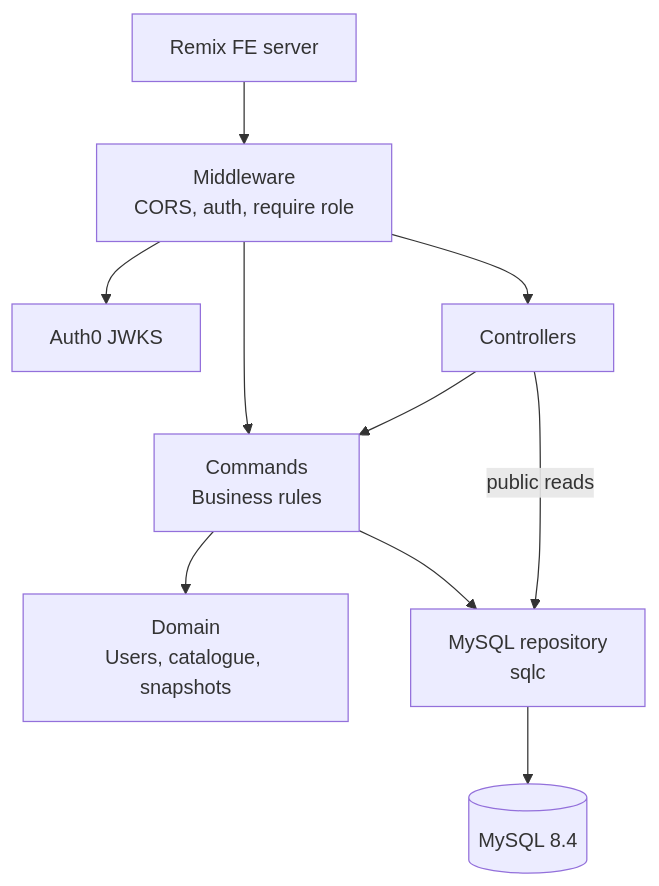
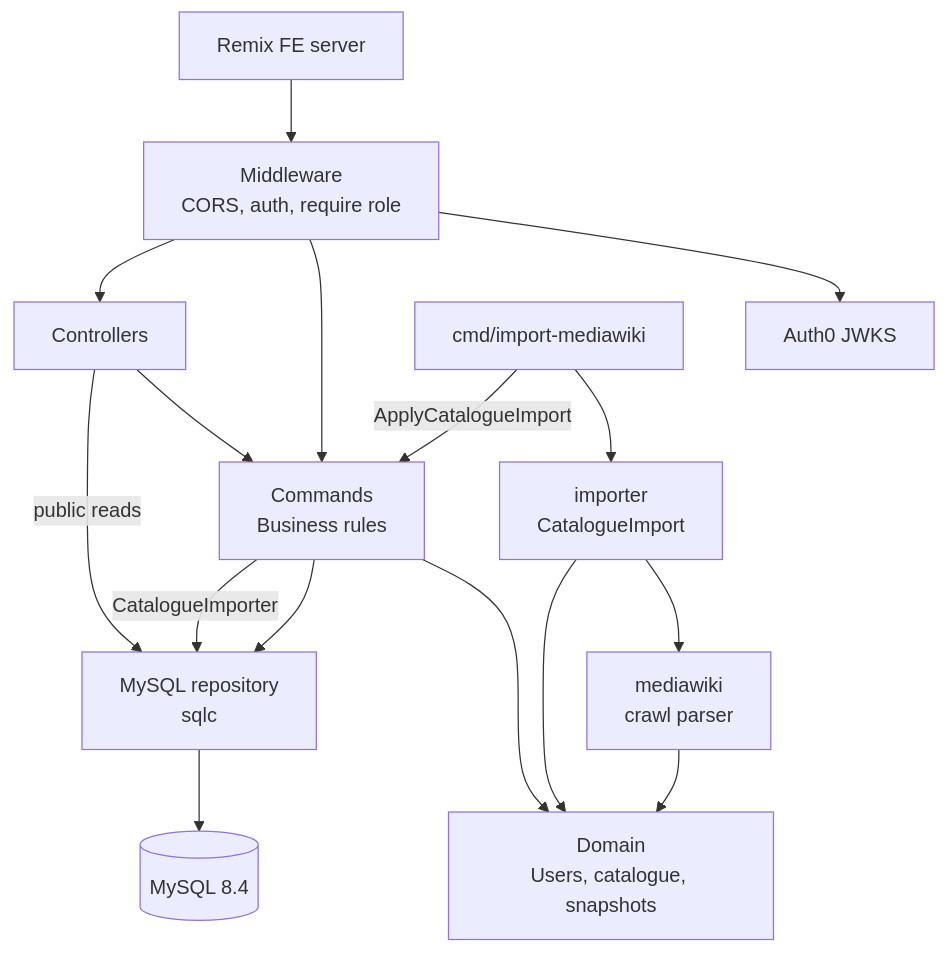
One commit to jbeshir/bardic-torch changed the diagram in README.md. Above: the diagram before and after it, drawn with Mermaid. The commit also changed other lines of this file and 115 other files, not shown here.

First line of the commit message:
Importer: the legacy MediaWiki crawl into the catalogue

````diff
--- a/README.md
+++ b/README.md
@@ -52,21 +55,30 @@
 ```mermaid
 graph TD
     FE[Remix FE server]
     MW[Middleware<br/>CORS, auth, require role]
     CTRL[Controllers]
     CMD[Commands<br/>Business rules]
     DOM[Domain<br/>Users, catalogue, snapshots]
     REPO[MySQL repository<br/>sqlc]
     DB[(MySQL 8.4)]
     AUTH0[Auth0 JWKS]
+    IMPCMD[cmd/import-mediawiki]
+    MWIKI[mediawiki<br/>crawl parser]
+    IMPORTER[importer<br/>CatalogueImport]
 
     FE --> MW
     MW --> AUTH0
     MW --> CMD
     MW --> CTRL
     CTRL --> CMD
     CTRL -->|public reads| REPO
     CMD --> DOM
     CMD --> REPO
     REPO --> DB
+    IMPCMD --> IMPORTER
+    IMPORTER --> MWIKI
+    IMPORTER --> DOM
+    MWIKI --> DOM
+    IMPCMD -->|ApplyCatalogueImport| CMD
+    CMD -->|CatalogueImporter| REPO
 ```
````
